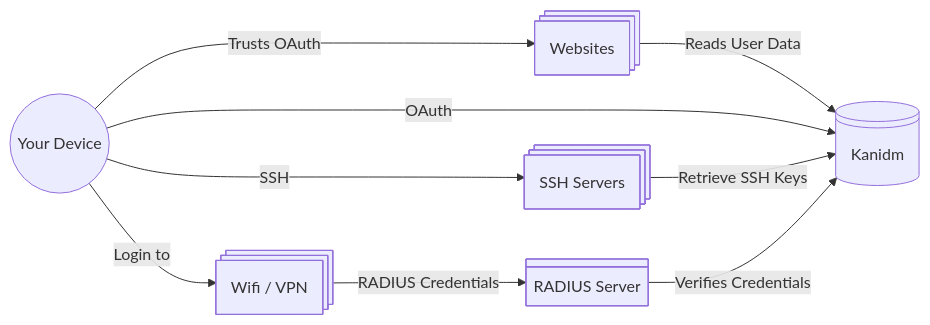
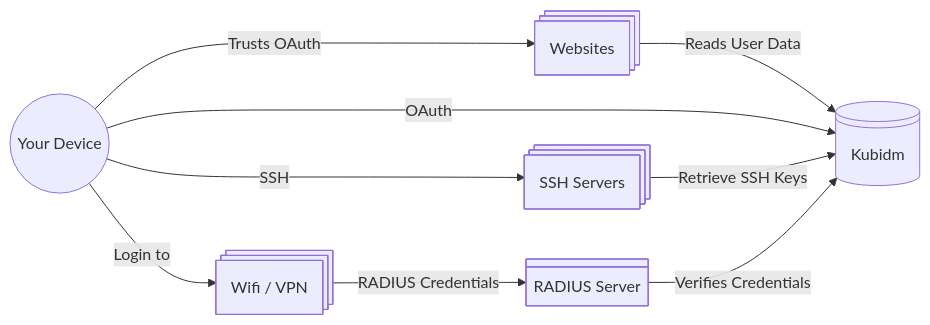
Before and after one commit to pando85/kanidm: the diagram in book/src/introduction_to_kanidm.md, drawn with Mermaid. The commit also changed other lines of this file and 198 other files, not shown here.

First line of the commit message:
Fix branding: replace Kanidm/kani references with Kubidm

````diff
--- a/book/src/introduction_to_kanidm.md
+++ b/book/src/introduction_to_kanidm.md
@@ -27,22 +27,22 @@
 ```mermaid
 graph LR;
 	device@{ shape: circle, label: "Your Device" };
 
 	ssh@{ shape: processes, label: "SSH Servers" };
 	website@{ shape: processes, label: "Websites" };
 	wifi@{ shape: processes, label: "Wifi / VPN" };
 	radius@{ shape: div-rect, label: "RADIUS Server" };
 
-	kanidm@{ shape: lin-cyl, label: "Kanidm" };
+	kubidm@{ shape: lin-cyl, label: "Kubidm" };
 
 	device-- Trusts OAuth -->website;
-	website-- Reads User Data -->kanidm;
-	device-- OAuth -->kanidm;
+	website-- Reads User Data -->kubidm;
+	device-- OAuth -->kubidm;
 
 	device-- SSH -->ssh;
-	ssh-- Retrieve SSH Keys -->kanidm;
+	ssh-- Retrieve SSH Keys -->kubidm;
 
 	device-- Login to -->wifi;
 	wifi-- RADIUS Credentials -->radius;
-	radius-- Verifies Credentials -->kanidm;
+	radius-- Verifies Credentials -->kubidm;
 ```
````
